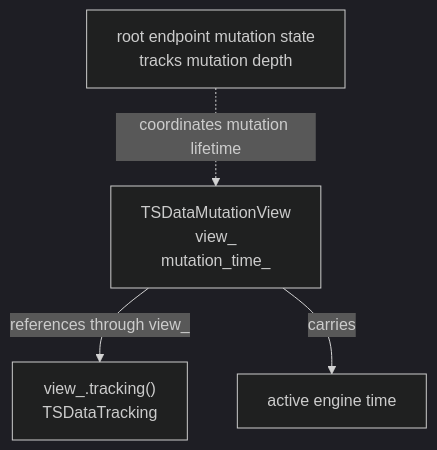
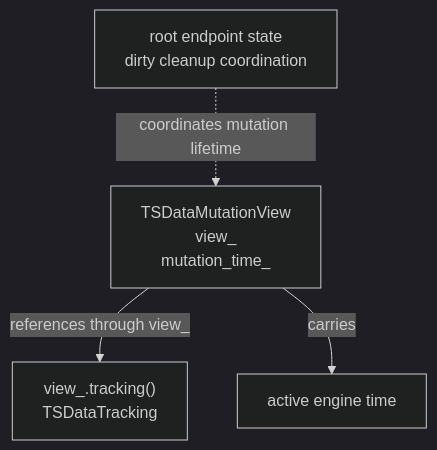
Before and after one commit to hhenson/hg_cpp: the sixth of 8 diagrams in docs/source/developer_guide/data_structures/plans_and_ops/time_series.rst, drawn with Mermaid (dark theme). The commit also changed other lines of this file and 19 other files, not shown here.

```diff
--- a/docs/source/developer_guide/data_structures/plans_and_ops/time_series.rst
+++ b/docs/source/developer_guide/data_structures/plans_and_ops/time_series.rst
@@ -535,11 +551,11 @@
 .. mermaid::
 
    flowchart TD
       Mutation["TSDataMutationView<br/>view_<br/>mutation_time_"]
       Tracking["view_.tracking()<br/>TSDataTracking"]
       EngineTime["active engine time"]
-      Root["root endpoint mutation state<br/>tracks mutation depth"]
+      Root["root endpoint state<br/>dirty cleanup coordination"]
 
       Mutation -->|references through view_| Tracking
       Mutation -->|carries| EngineTime
       Root -.coordinates mutation lifetime.-> Mutation
```
